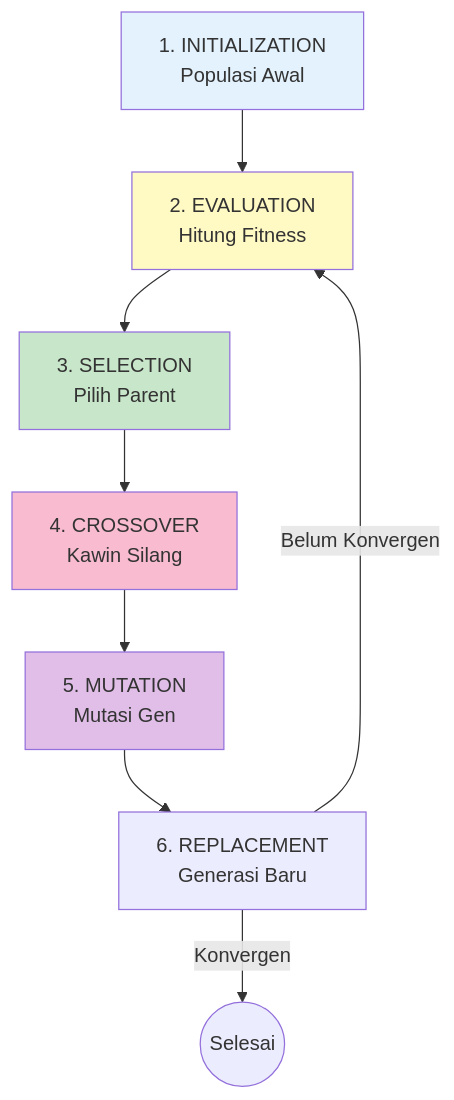
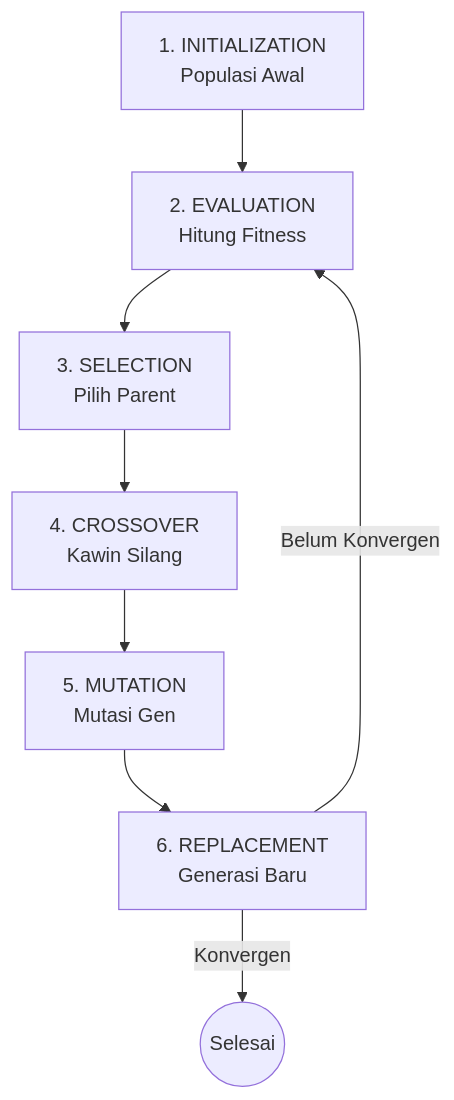
One commit to antonprafanto/dasarAI2026 changed diagram 12 of 12 in bab-04-pencarian.md. Above: the diagram before and after it, drawn with Mermaid. The commit also changed other lines of this file and 8 other files, not shown here.

Commit message:
Fix: Remove custom Mermaid styling for better dark mode visibility

````diff
--- a/bab-04-pencarian.md
+++ b/bab-04-pencarian.md
@@ -775,16 +740,10 @@
 ```mermaid
 flowchart TD
     Init[1. INITIALIZATION<br/>Populasi Awal] --> Eval[2. EVALUATION<br/>Hitung Fitness]
     Eval --> Select[3. SELECTION<br/>Pilih Parent]
     Select --> Cross[4. CROSSOVER<br/>Kawin Silang]
     Cross --> Mut[5. MUTATION<br/>Mutasi Gen]
     Mut --> Replace[6. REPLACEMENT<br/>Generasi Baru]
     Replace -->|Belum Konvergen| Eval
     Replace -->|Konvergen| Finish((Selesai))
-
-    style Init fill:#e3f2fd
-    style Eval fill:#fff9c4
-    style Cross fill:#f8bbd0
-    style Mut fill:#e1bee7
-    style Select fill:#c8e6c9
 ```
````
